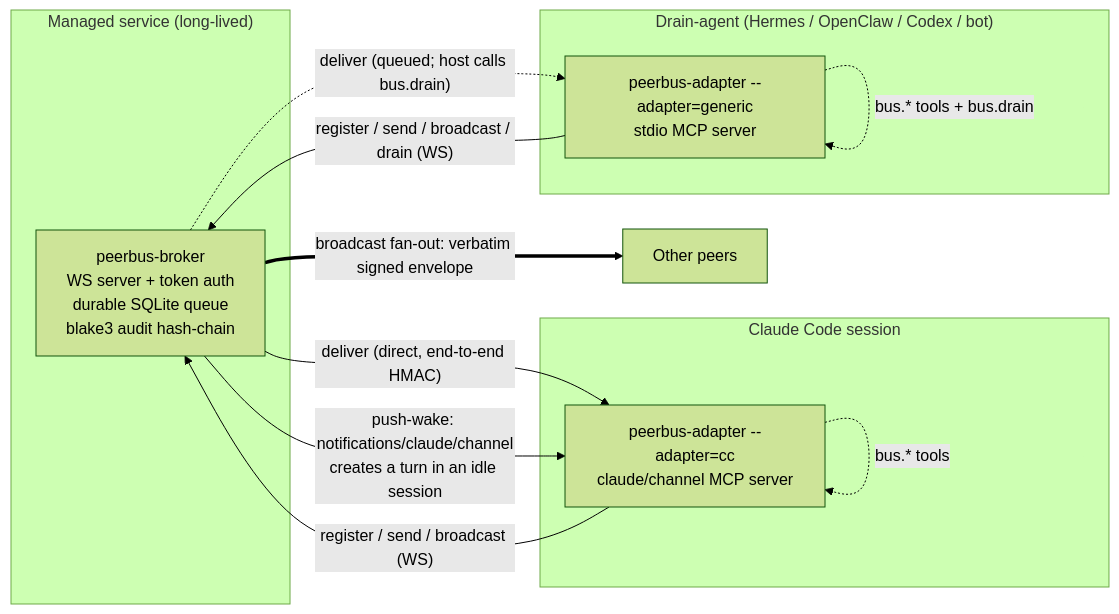
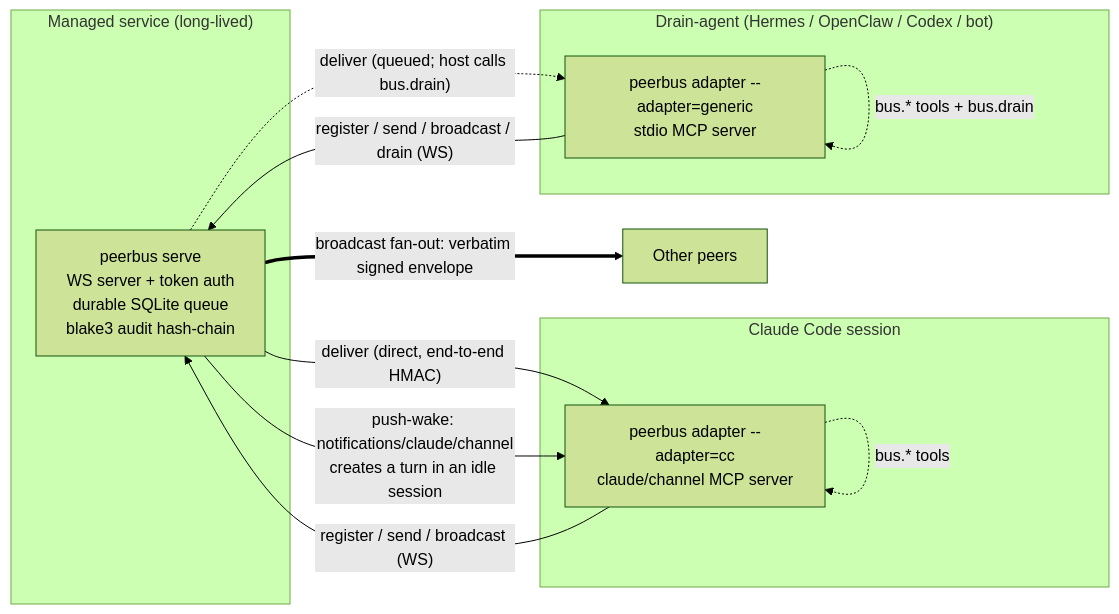
Before and after one commit to nnemirovsky/peerbus: the diagram in README.md, drawn with Mermaid (forest theme). The commit also changed other lines of this file and 18 other files, not shown here.

Commit message:
refactor!: collapse broker + adapter into single peerbus multi-command binary

````diff
--- a/README.md
+++ b/README.md
@@ -27,25 +40,25 @@
 ```mermaid
 flowchart LR
     subgraph Managed["Managed service (long-lived)"]
-        BR["peerbus-broker<br/>WS server + token auth<br/>durable SQLite queue<br/>blake3 audit hash-chain"]
+        BR["peerbus serve<br/>WS server + token auth<br/>durable SQLite queue<br/>blake3 audit hash-chain"]
     end
 
     subgraph CC["Claude Code session"]
-        CCA["peerbus-adapter --adapter=cc<br/>claude/channel MCP server"]
+        CCA["peerbus adapter --adapter=cc<br/>claude/channel MCP server"]
     end
 
     subgraph Host["Drain-agent (Hermes / OpenClaw / Codex / bot)"]
-        GA["peerbus-adapter --adapter=generic<br/>stdio MCP server"]
+        GA["peerbus adapter --adapter=generic<br/>stdio MCP server"]
     end
 
     PEER["Other peers"]
 
     CCA -- "register / send / broadcast (WS)" --> BR
     GA -- "register / send / broadcast / drain (WS)" --> BR
     BR -- "deliver (direct, end-to-end HMAC)" --> CCA
     BR -. "deliver (queued; host calls bus.drain)" .-> GA
     BR -- "push-wake: notifications/claude/channel<br/>creates a turn in an idle session" --> CCA
     BR == "broadcast fan-out: verbatim signed envelope" ==> PEER
     CCA -. "bus.* tools" .-> CCA
     GA -. "bus.* tools + bus.drain" .-> GA
 ```
````
